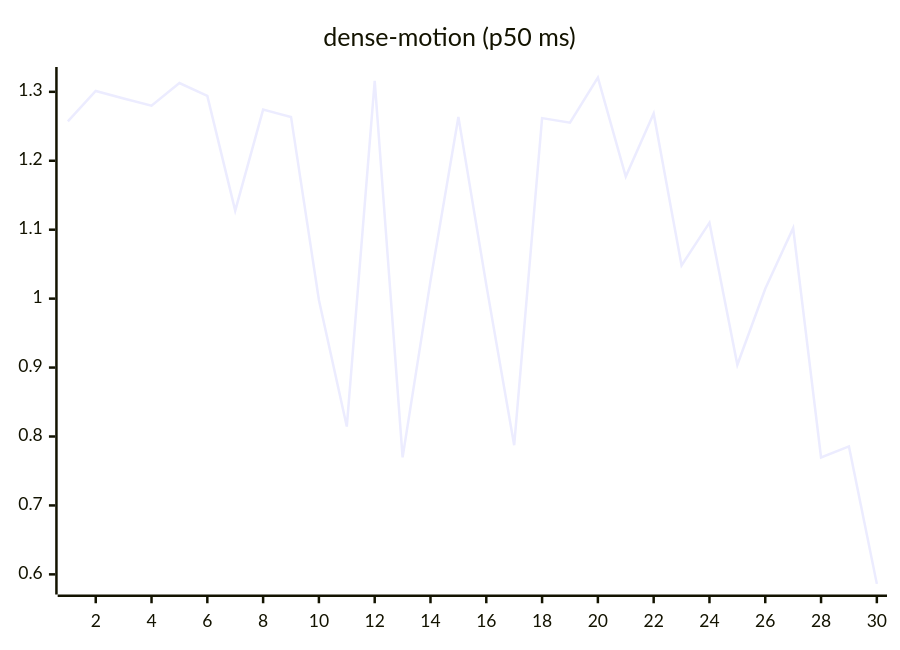
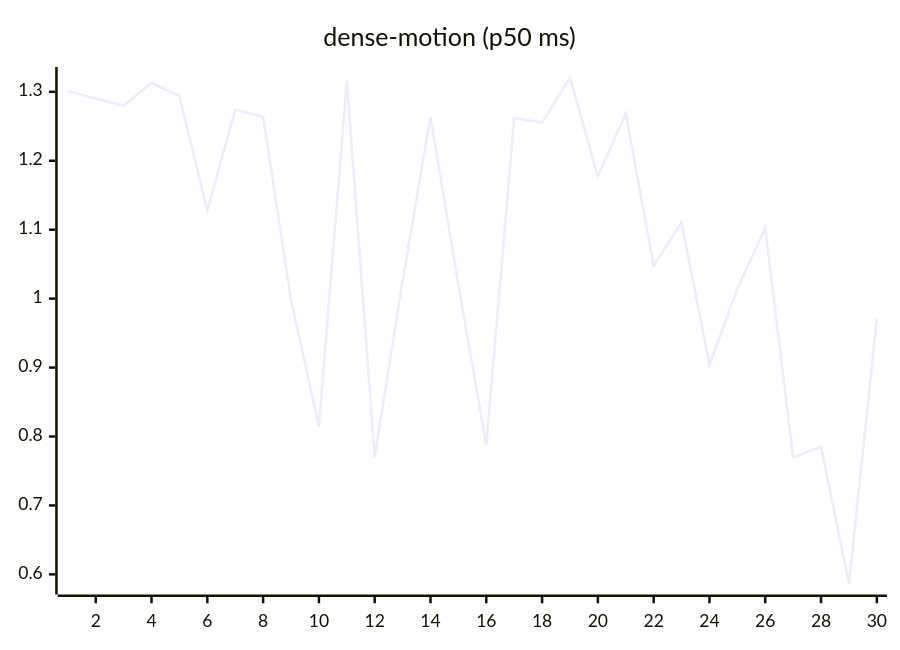
One commit to josha/Facet changed the ninth of 27 diagrams in README.md. Above: the diagram before and after it, drawn with Mermaid. The commit also changed other lines of this file and 2 other files, not shown here.

````diff
--- a/README.md
+++ b/README.md
@@ -119,6 +119,6 @@
 ```mermaid
 xychart-beta
     title "dense-motion (p50 ms)"
     x-axis 1 --> 30
-    line [1.2572, 1.3012, 1.2904, 1.2798, 1.3128, 1.2940, 1.1276, 1.2742, 1.2636, 0.9981, 0.8144, 1.3160, 0.7697, 1.0258, 1.2636, 1.0200, 0.7874, 1.2619, 1.2553, 1.3206, 1.1772, 1.2685, 1.0480, 1.1102, 0.9040, 1.0144, 1.1023, 0.7695, 0.7856, 0.5862]
+    line [1.3012, 1.2904, 1.2798, 1.3128, 1.2940, 1.1276, 1.2742, 1.2636, 0.9981, 0.8144, 1.3160, 0.7697, 1.0258, 1.2636, 1.0200, 0.7874, 1.2619, 1.2553, 1.3206, 1.1772, 1.2685, 1.0480, 1.1102, 0.9040, 1.0144, 1.1023, 0.7695, 0.7856, 0.5862, 0.9706]
 ```
````
